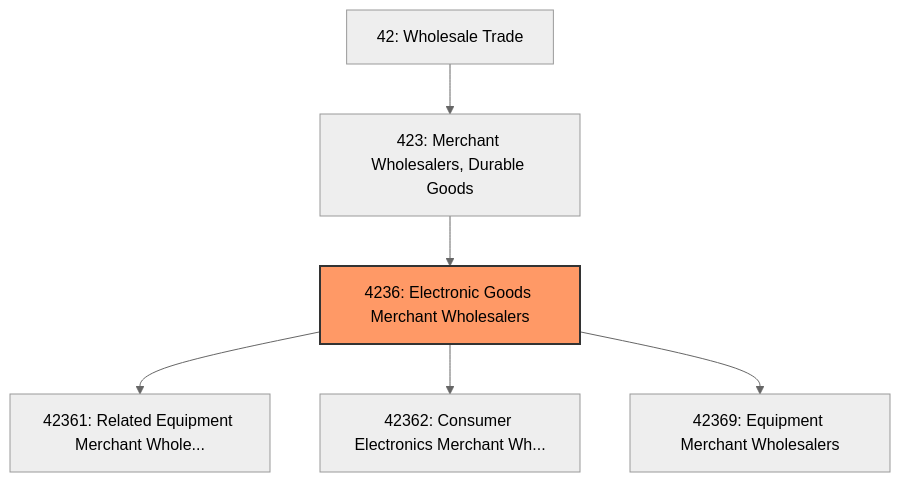
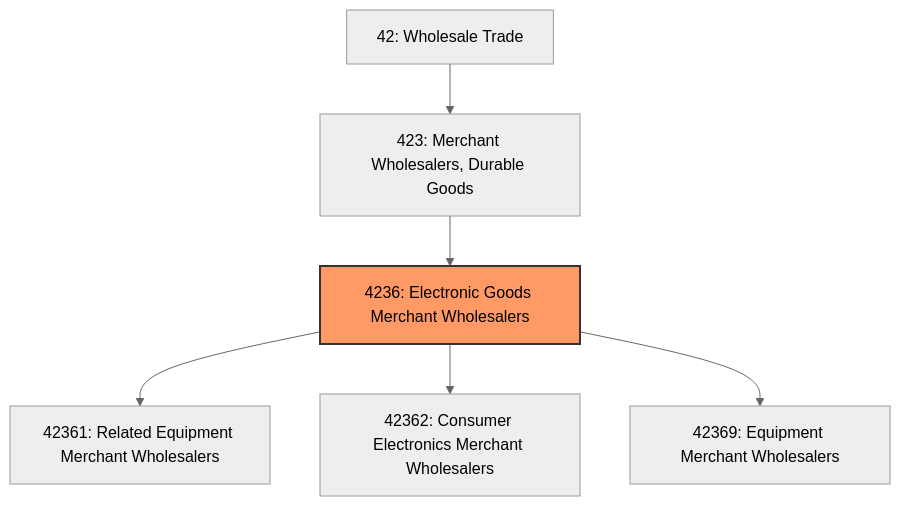
Before and after one commit to kziemski/business.org.ai: the first of 3 diagrams in industries/Wholesale/MerchantWholesalersDurableGoods/ElectronicGoodsMerchantWholesalers/index.mdx, drawn with Mermaid (neutral theme). The commit also changed other lines of this file and 19 other files, not shown here.

First line of the commit message:
feat: enrich industry files and add sequence diagrams to processes

````diff
--- a/industries/Wholesale/MerchantWholesalersDurableGoods/ElectronicGoodsMerchantWholesalers/index.mdx
+++ b/industries/Wholesale/MerchantWholesalersDurableGoods/ElectronicGoodsMerchantWholesalers/index.mdx
@@ -22,10 +24,10 @@
 ```mermaid
 graph TD
     S42["42: Wholesale Trade"]
     S42 --> N423["423: Merchant Wholesalers, Durable Goods"]
     N423 --> N4236["4236: Electronic Goods Merchant Wholesalers"]
     style N4236 fill:#f96,stroke:#333,stroke-width:2px
-    N4236 --> N42361["42361: Related Equipment Merchant Whole..."]
-    N4236 --> N42362["42362: Consumer Electronics Merchant Wh..."]
+    N4236 --> N42361["42361: Related Equipment Merchant Wholesalers"]
+    N4236 --> N42362["42362: Consumer Electronics Merchant Wholesalers"]
     N4236 --> N42369["42369: Equipment Merchant Wholesalers"]
 ```
````
